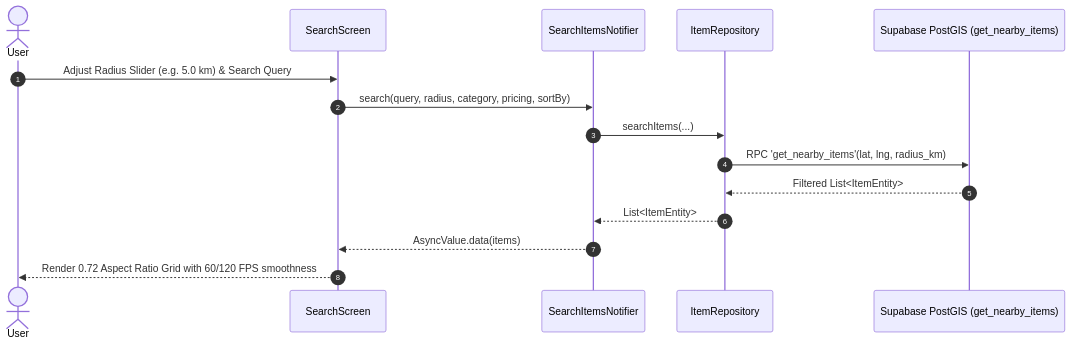
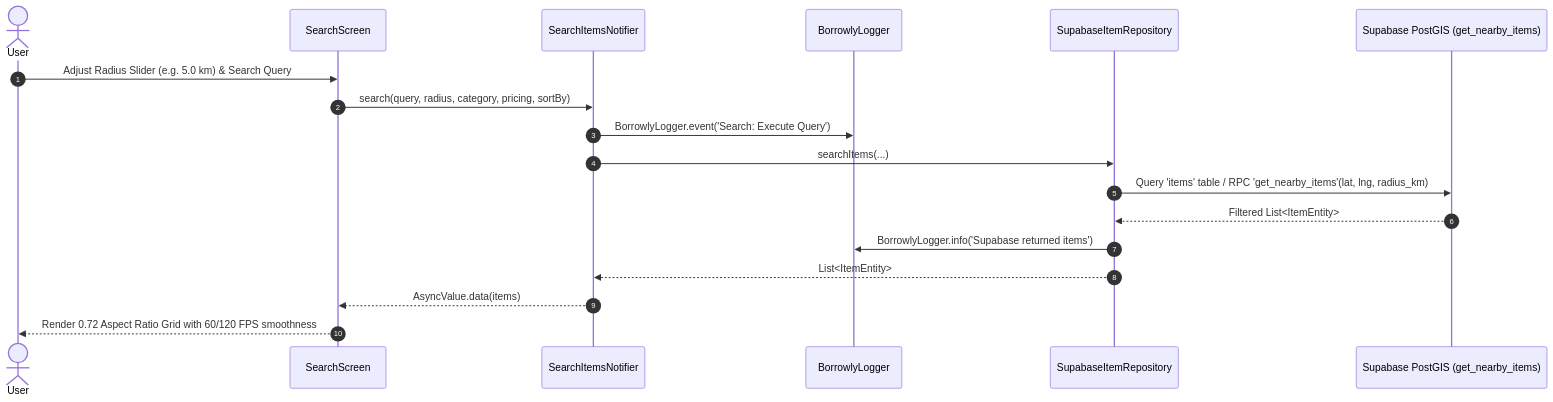
Before and after one commit to AnsilKM/Borrowly: the second of 4 diagrams in WORKFLOW_GUIDELINES.md, drawn with Mermaid. The commit also changed other lines of this file and 2 other files, not shown here.

Commit message:
docs: update ARCHITECTURE.md, WORKFLOW_GUIDELINES.md, and AGENTS.md with live Supabase ref and event logger

````diff
--- a/WORKFLOW_GUIDELINES.md
+++ b/WORKFLOW_GUIDELINES.md
@@ -83,18 +72,21 @@
 ```mermaid
 sequenceDiagram
     autonumber
     actor User
     participant UI as SearchScreen
     participant Notifier as SearchItemsNotifier
-    participant Repo as ItemRepository
+    participant Logger as BorrowlyLogger
+    participant Repo as SupabaseItemRepository
     participant DB as Supabase PostGIS (get_nearby_items)
 
     User->>UI: Adjust Radius Slider (e.g. 5.0 km) & Search Query
     UI->>Notifier: search(query, radius, category, pricing, sortBy)
+    Notifier->>Logger: BorrowlyLogger.event('Search: Execute Query')
     Notifier->>Repo: searchItems(...)
-    Repo->>DB: RPC 'get_nearby_items'(lat, lng, radius_km)
+    Repo->>DB: Query 'items' table / RPC 'get_nearby_items'(lat, lng, radius_km)
     DB-->>Repo: Filtered List<ItemEntity>
+    Repo->>Logger: BorrowlyLogger.info('Supabase returned items')
     Repo-->>Notifier: List<ItemEntity>
     Notifier-->>UI: AsyncValue.data(items)
     UI-->>User: Render 0.72 Aspect Ratio Grid with 60/120 FPS smoothness
 ```
````
